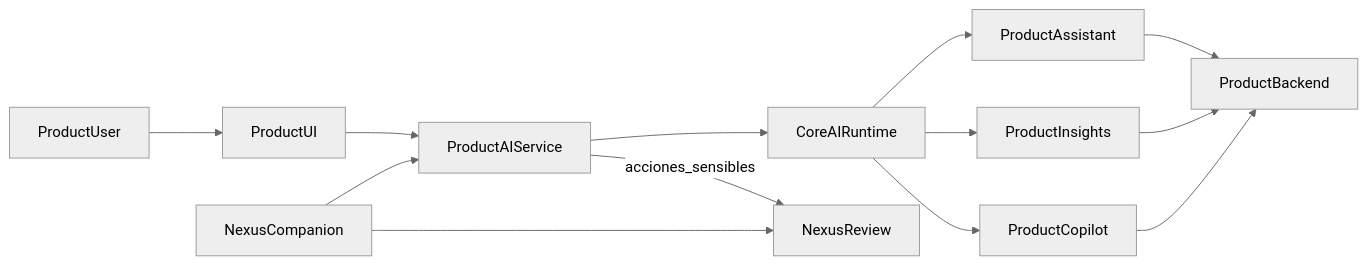
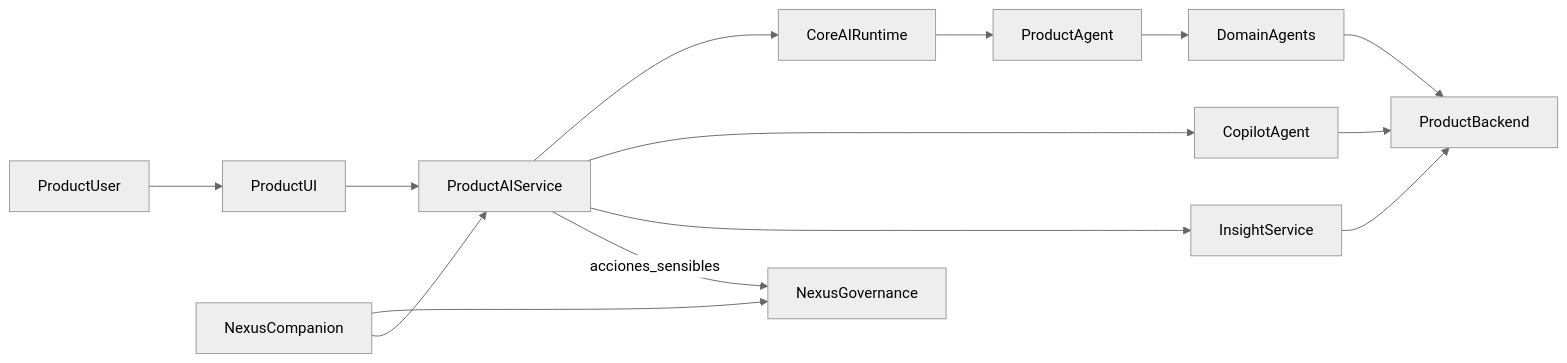
One commit to devpablocristo/pymes changed the diagram in docs/AI_OWNERSHIP.md. Above: the diagram before and after it, drawn with Mermaid (neutral theme). The commit also changed other lines of this file and 44 other files, not shown here.

````diff
--- a/docs/AI_OWNERSHIP.md
+++ b/docs/AI_OWNERSHIP.md
@@ -16,26 +16,28 @@
 ```mermaid
 flowchart LR
     ProductUser[ProductUser]
     ProductUI[ProductUI]
     ProductAI[ProductAIService]
     CoreRuntime[CoreAIRuntime]
-    ProductAssistant[ProductAssistant]
-    ProductInsights[ProductInsights]
-    ProductCopilot[ProductCopilot]
-    NexusReview[NexusReview]
+    ProductAgent[ProductAgent]
+    DomainAgents[DomainAgents]
+    CopilotAgent[CopilotAgent]
+    InsightService[InsightService]
+    NexusGovernance[NexusGovernance]
     NexusCompanion[NexusCompanion]
     ProductBackend[ProductBackend]
 
     ProductUser --> ProductUI
     ProductUI --> ProductAI
     ProductAI --> CoreRuntime
-    CoreRuntime --> ProductAssistant
-    CoreRuntime --> ProductInsights
-    CoreRuntime --> ProductCopilot
-    ProductAssistant --> ProductBackend
-    ProductInsights --> ProductBackend
-    ProductCopilot --> ProductBackend
-    ProductAI -->|"acciones_sensibles"| NexusReview
-    NexusCompanion --> NexusReview
+    CoreRuntime --> ProductAgent
+    ProductAgent --> DomainAgents
+    ProductAI --> CopilotAgent
+    ProductAI --> InsightService
+    DomainAgents --> ProductBackend
+    CopilotAgent --> ProductBackend
+    InsightService --> ProductBackend
+    ProductAI -->|"acciones_sensibles"| NexusGovernance
+    NexusCompanion --> NexusGovernance
     NexusCompanion --> ProductAI
 ```
````
